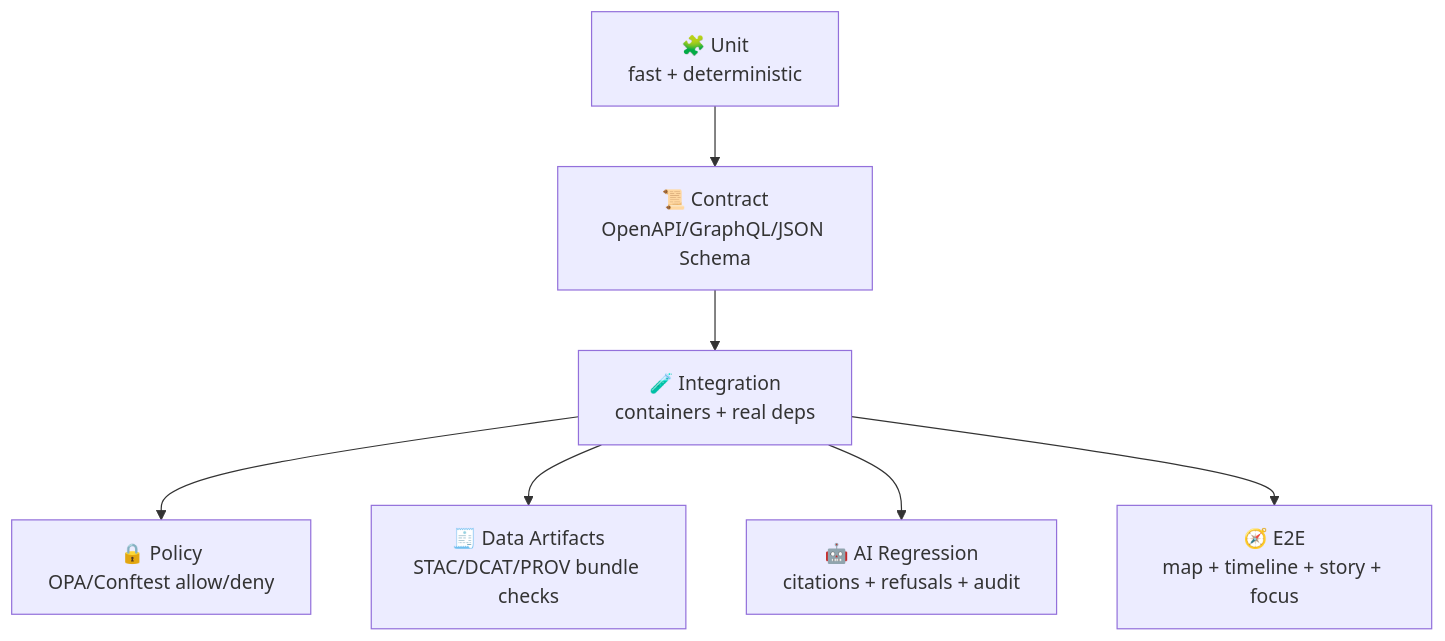
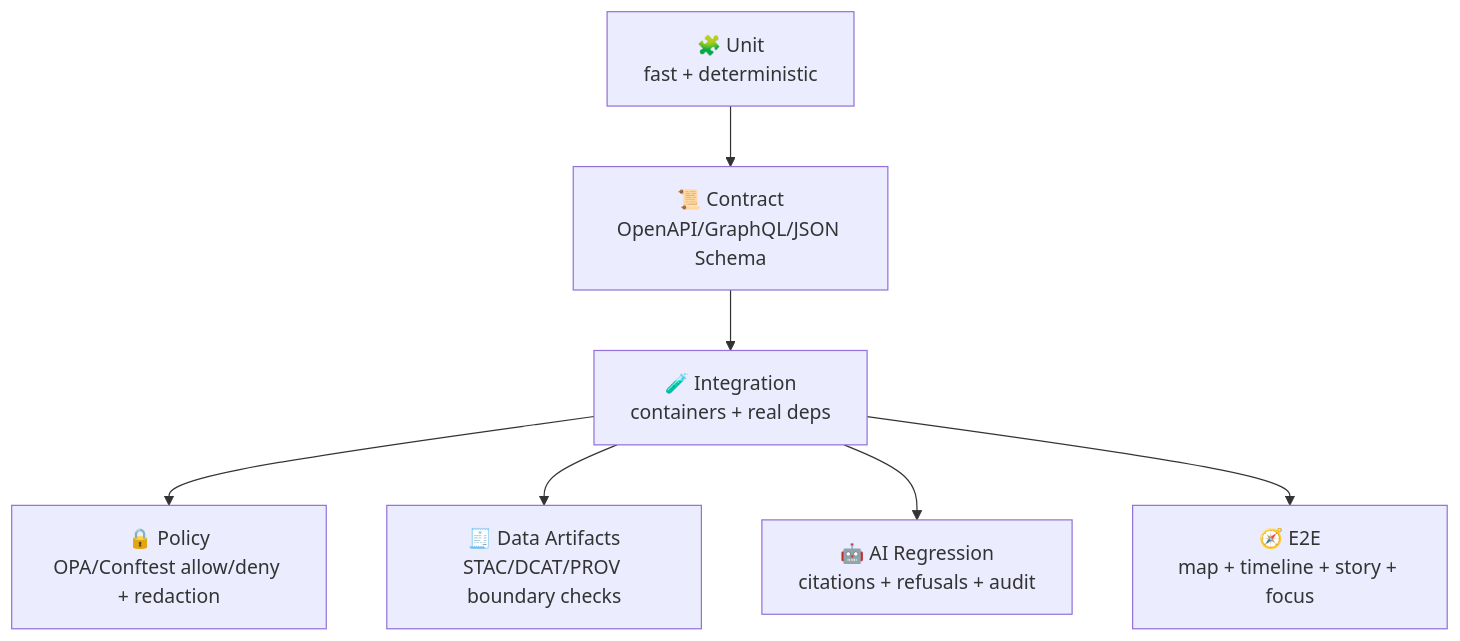
One commit to bartytime4life/Kansas-Frontier-Matrix changed the second of 2 diagrams in tests/README.md. Above: the diagram before and after it, drawn with Mermaid. The commit also changed other lines of this file, not shown here.

````diff
--- a/tests/README.md
+++ b/tests/README.md
@@ -86,9 +101,9 @@
 ```mermaid
 flowchart TD
-  U[🧩 Unit\nfast + deterministic] --> C[📜 Contract\nOpenAPI/GraphQL/JSON Schema]
-  C --> I[🧪 Integration\ncontainers + real deps]
-  I --> P[🔒 Policy\nOPA/Conftest allow/deny]
-  I --> D[🧾 Data Artifacts\nSTAC/DCAT/PROV bundle checks]
-  I --> A[🤖 AI Regression\ncitations + refusals + audit]
-  I --> E[🧭 E2E\nmap + timeline + story + focus]
+  U[🧩 Unit<br/>fast + deterministic] --> C[📜 Contract<br/>OpenAPI/GraphQL/JSON Schema]
+  C --> I[🧪 Integration<br/>containers + real deps]
+  I --> P[🔒 Policy<br/>OPA/Conftest allow/deny + redaction]
+  I --> D[🧾 Data Artifacts<br/>STAC/DCAT/PROV boundary checks]
+  I --> A[🤖 AI Regression<br/>citations + refusals + audit]
+  I --> E[🧭 E2E<br/>map + timeline + story + focus]
 ```
````
